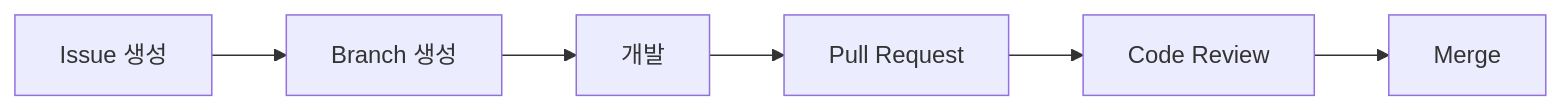
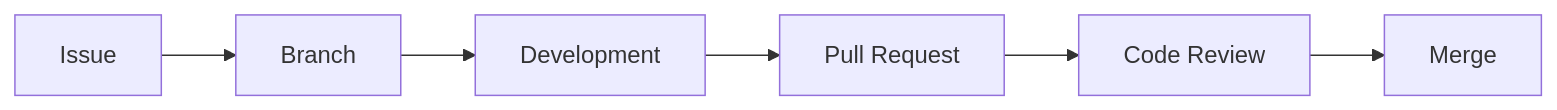
One commit to clainyun/caring-showcase changed the seventh of 7 diagrams in README.md. Above: the diagram before and after it, drawn with Mermaid. The commit also changed other lines of this file, not shown here.

````diff
--- a/README.md
+++ b/README.md
@@ -675,8 +640,8 @@
 ```mermaid
 flowchart LR
-    A[Issue 생성] --> B[Branch 생성]
-    B --> C[개발]
+    A[Issue] --> B[Branch]
+    B --> C[Development]
     C --> D[Pull Request]
     D --> E[Code Review]
     E --> F[Merge]
 ```
````
